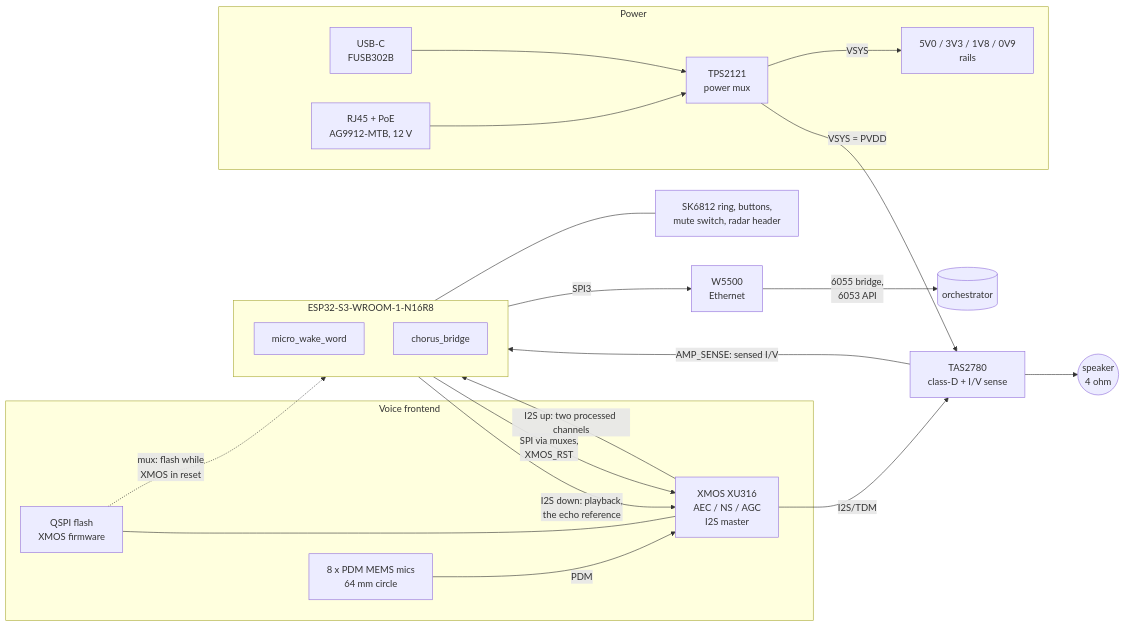
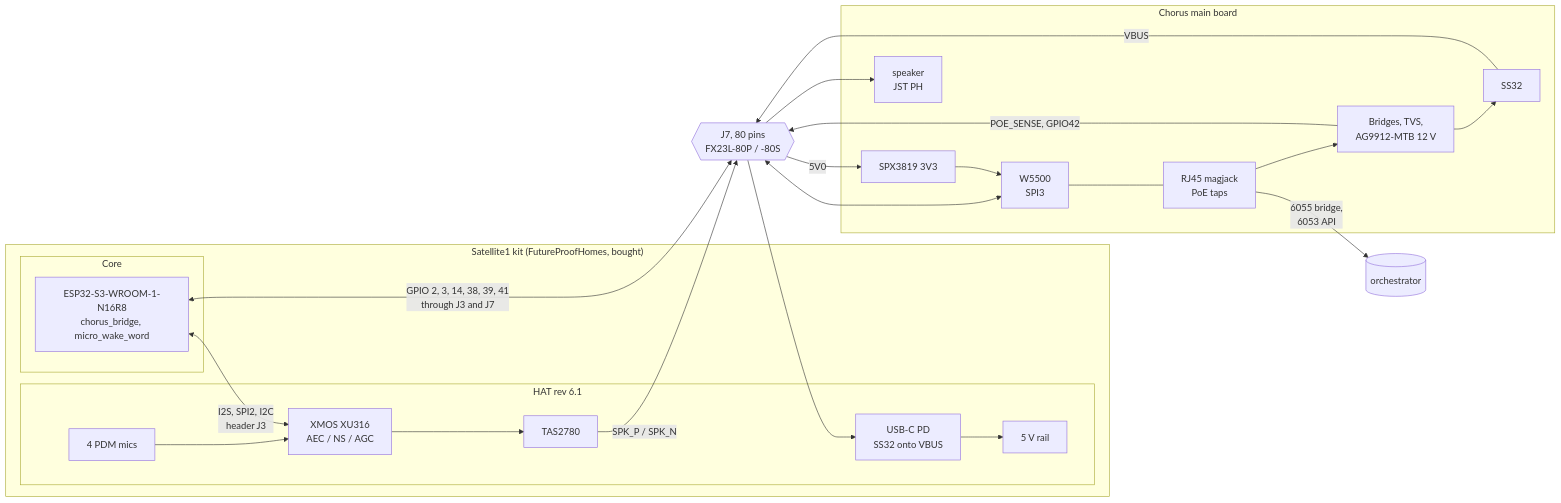
One commit to Teagan42/Chorus changed the first of 2 diagrams in docs/hardware/README.md. Above: the diagram before and after it, drawn with Mermaid. The commit also changed other lines of this file and 52 other files, not shown here.

First line of the commit message:
feat(hardware): a main board under the Satellite1 HAT replaces rev A (#74)

````diff
--- a/docs/hardware/README.md
+++ b/docs/hardware/README.md
@@ -33,42 +37,41 @@
 ```mermaid
 flowchart LR
-    subgraph power["Power"]
-        poe["RJ45 + PoE<br/>AG9912-MTB, 12 V"]
-        usb["USB-C<br/>FUSB302B"]
-        mux["TPS2121<br/>power mux"]
-        bucks["5V0 / 3V3 / 1V8 / 0V9<br/>rails"]
-        poe --> mux
-        usb --> mux
-        mux -->|VSYS| bucks
+    subgraph kit["Satellite1 kit (FutureProofHomes, bought)"]
+        subgraph core["Core"]
+            esp["ESP32-S3-WROOM-1-N16R8<br/>chorus_bridge, micro_wake_word"]
+        end
+        subgraph hat["HAT rev 6.1"]
+            xmos["XMOS XU316<br/>AEC / NS / AGC"]
+            mics["4 PDM mics"]
+            amp["TAS2780"]
+            pd["USB-C PD<br/>SS32 onto VBUS"]
+            buck["5 V rail"]
+            mics --> xmos
+            xmos --> amp
+            pd --> buck
+        end
+        esp <-->|"I2S, SPI2, I2C<br/>header J3"| xmos
     end
 
-    subgraph voice["Voice frontend"]
-        mics["8 x PDM MEMS mics<br/>64 mm circle"]
-        xmos["XMOS XU316<br/>AEC / NS / AGC<br/>I2S master"]
-        flash["QSPI flash<br/>XMOS firmware"]
-        mics -->|PDM| xmos
-        flash --- xmos
+    j7{{"J7, 80 pins<br/>FX23L-80P / -80S"}}
+
+    subgraph main["Chorus main board"]
+        w5500["W5500<br/>SPI3"]
+        mag["RJ45 magjack<br/>PoE taps"]
+        poe["Bridges, TVS,<br/>AG9912-MTB 12 V"]
+        d2["SS32"]
+        ldo["SPX3819 3V3"]
+        spk["speaker<br/>JST PH"]
+        w5500 --- mag
+        mag --> poe --> d2
     end
 
-    subgraph host["ESP32-S3-WROOM-1-N16R8"]
-        mww["micro_wake_word"]
-        bridge["chorus_bridge"]
-    end
-
-    amp["TAS2780<br/>class-D + I/V sense"]
-    flash -.->|"mux: flash while<br/>XMOS in reset"| host
-    spk(("speaker<br/>4 ohm"))
-    eth["W5500<br/>Ethernet"]
-    ui["SK6812 ring, buttons,<br/>mute switch, radar header"]
-
-    xmos -->|"I2S up: two processed channels"| host
-    host -->|"I2S down: playback,<br/>the echo reference"| xmos
-    host -->|"SPI via muxes,<br/>XMOS_RST"| xmos
-    xmos -->|I2S/TDM| amp
-    amp --> spk
-    amp -->|"AMP_SENSE: sensed I/V"| host
-    host -->|SPI3| eth
-    eth -->|"6055 bridge,<br/>6053 API"| lan[("orchestrator")]
-    host --- ui
-    mux -->|"VSYS = PVDD"| amp
+    esp <-->|"GPIO 2, 3, 14, 38, 39, 41<br/>through J3 and J7"| j7
+    j7 <--> w5500
+    poe -->|"POE_SENSE, GPIO42"| j7
+    d2 -->|"VBUS"| j7
+    j7 -->|"5V0"| ldo --> w5500
+    amp -->|"SPK_P / SPK_N"| j7 --> spk
+    j7 --> pd
+    mag -->|"6055 bridge,<br/>6053 API"| lan[("orchestrator")]
 ```
````
